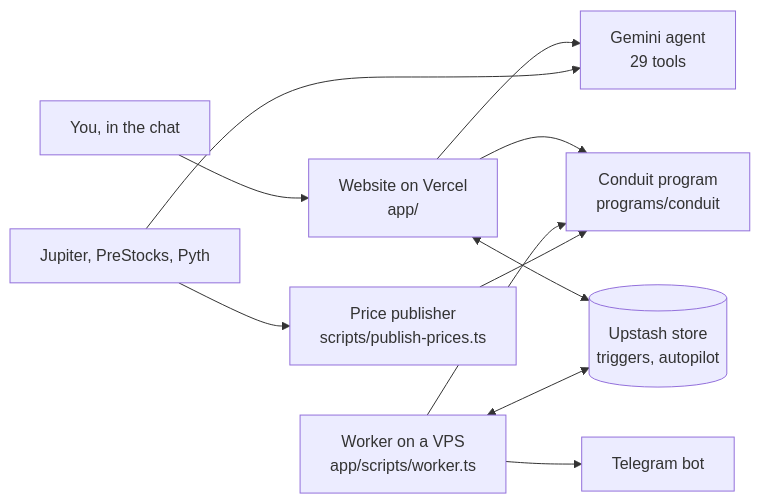
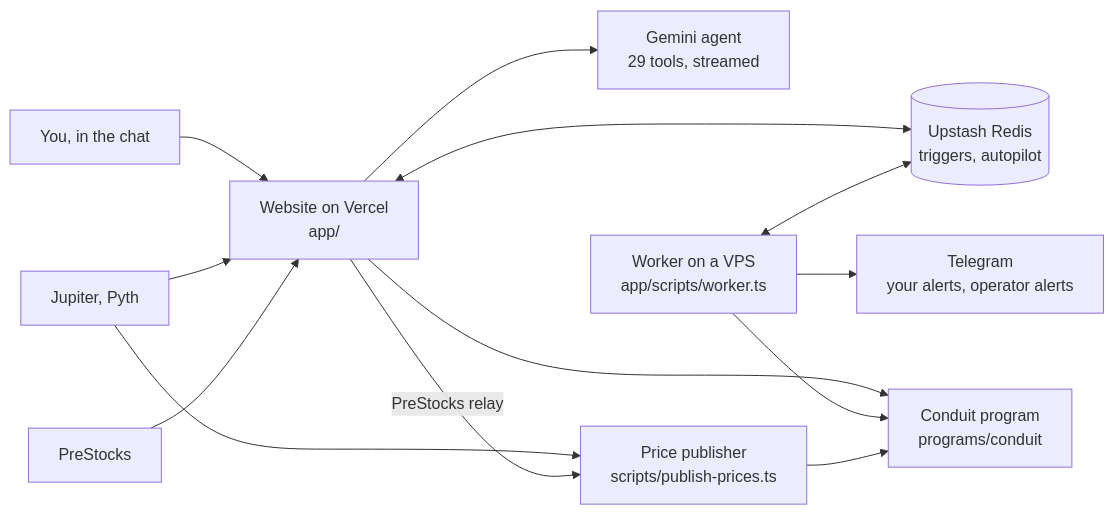
One commit to MikeMoulder/Conduit changed the diagram in README.md. Above: the diagram before and after it, drawn with Mermaid. The commit also changed other lines of this file and 2 other files, not shown here.

````diff
--- a/README.md
+++ b/README.md
@@ -172,13 +83,15 @@
 ```mermaid
 flowchart LR
   U[You, in the chat] --> W[Website on Vercel<br/>app/]
-  W --> G[Gemini agent<br/>29 tools]
+  W --> G[Gemini agent<br/>29 tools, streamed]
   W --> P[Conduit program<br/>programs/conduit]
   K[Worker on a VPS<br/>app/scripts/worker.ts] --> P
-  K --> T[Telegram bot]
-  W <--> S[(Upstash store<br/>triggers, autopilot)]
+  K --> T[Telegram<br/>your alerts, operator alerts]
+  W <--> S[(Upstash Redis<br/>triggers, autopilot)]
   K <--> S
   X[Price publisher<br/>scripts/publish-prices.ts] --> P
-  J[Jupiter, PreStocks, Pyth] --> X
-  J --> G
+  J[Jupiter, Pyth] --> X
+  J --> W
+  R[PreStocks] --> W
+  W -- PreStocks relay --> X
 ```
````
